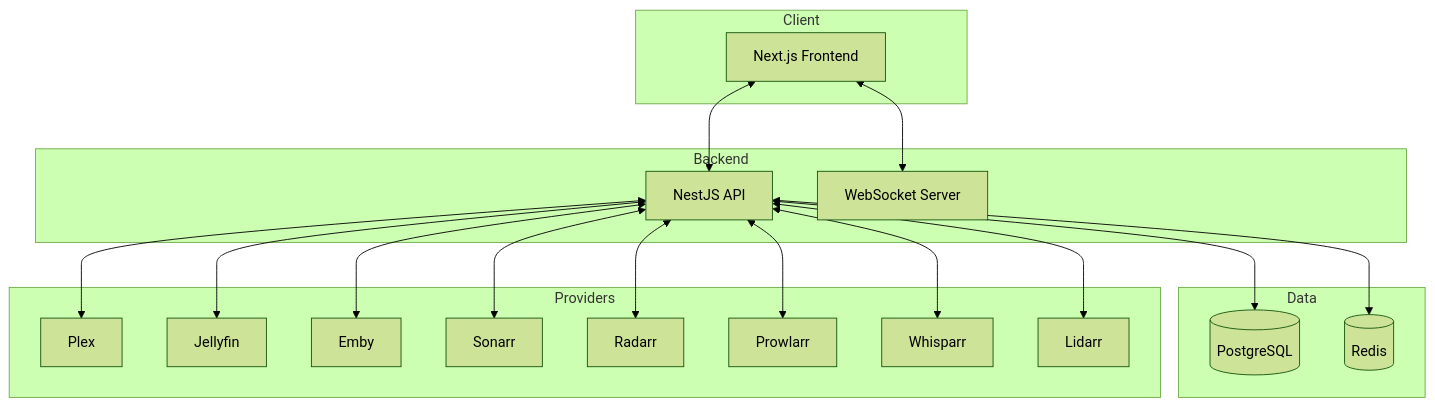
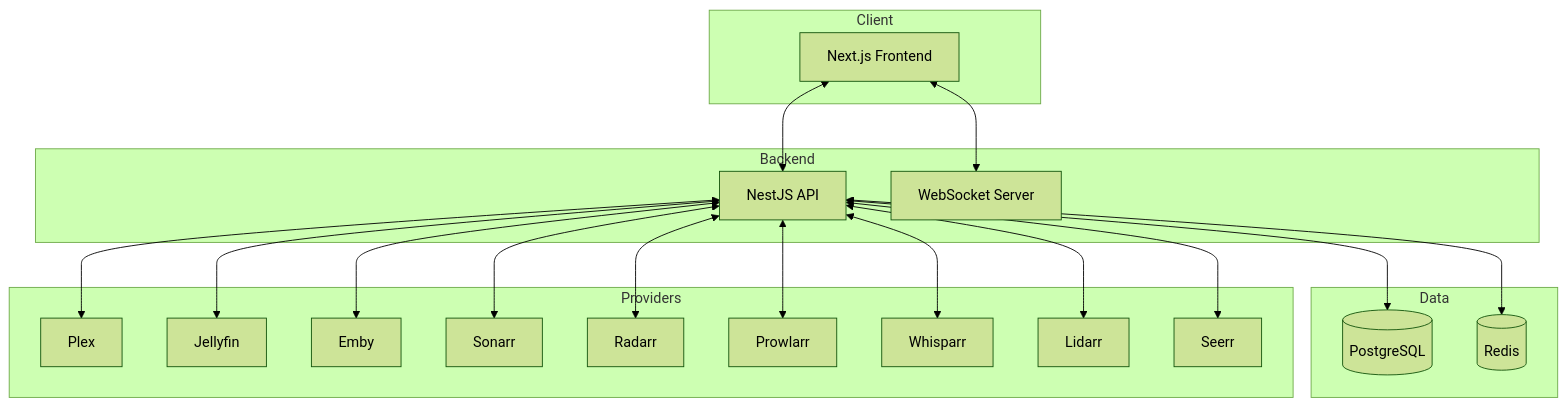
The diagram in README.md (itz4blitz/Logarr), drawn with Mermaid (forest theme) before and after one commit. The commit also changed other lines of this file and 30 other files, not shown here.

````diff
--- a/README.md
+++ b/README.md
@@ -157,33 +159,34 @@
 ```mermaid
 flowchart TB
     subgraph Client
         FE[Next.js Frontend]
     end
 
     subgraph Backend
         API[NestJS API]
         WS[WebSocket Server]
     end
 
     subgraph Data
         PG[(PostgreSQL)]
         RD[(Redis)]
     end
 
     subgraph Providers
         PX[Plex]
         JF[Jellyfin]
         EM[Emby]
         SO[Sonarr]
         RA[Radarr]
         PR[Prowlarr]
         WH[Whisparr]
         LI[Lidarr]
+        SE[Seerr]
     end
 
     FE <--> API
     FE <--> WS
     API <--> PG
     API <--> RD
-    API <--> PX & JF & EM & SO & RA & PR & WH & LI
+    API <--> PX & JF & EM & SO & RA & PR & WH & LI & SE
 ```
````
